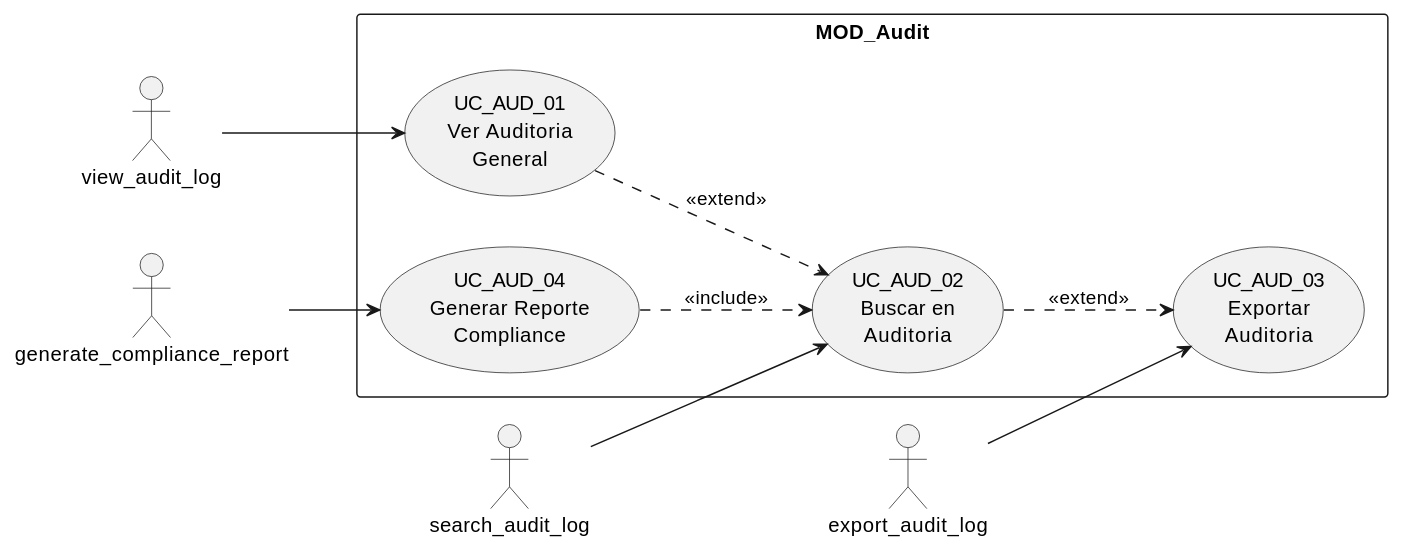
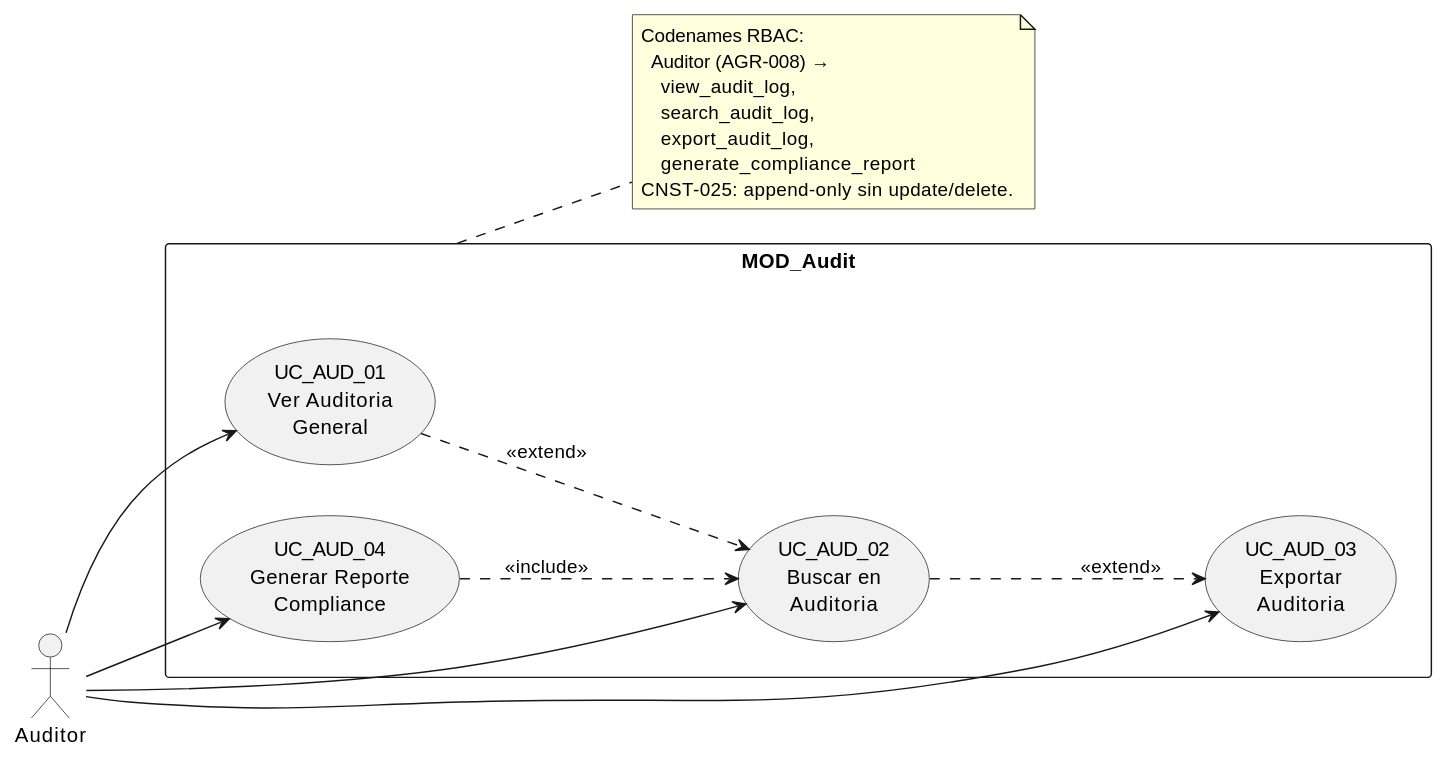
One commit to jcg-admin/IACT-docs changed the diagram in source/arquitectura-tecnica/use-case-view/uc-audit.rst. Above: the diagram before and after it, drawn with PlantUML. The commit also changed other lines of this file and 30 other files, not shown here.

First line of the commit message:
Apply UML-07 conformance to use-case-view: actors as roles

```diff
--- a/source/arquitectura-tecnica/use-case-view/uc-audit.rst
+++ b/source/arquitectura-tecnica/use-case-view/uc-audit.rst
@@ -26,28 +24,36 @@
 .. uml::
- :caption: Figura 23 — MOD_Audit: casos de uso
+ :caption: MOD_Audit — Auditor lee y exporta;
+           genera reportes de compliance.
 
  @startuml
  left to right direction
 
- actor "view_audit_log" as view_audit_log
- actor "search_audit_log" as search_audit_log
- actor "export_audit_log" as export_audit_log
- actor "generate_compliance_report" as generate_compliance_report
+ actor Auditor
 
  rectangle "MOD_Audit" {
    usecase "UC_AUD_01\nVer Auditoria\nGeneral" as VER_AUDITORIA
    usecase "UC_AUD_02\nBuscar en\nAuditoria" as BUSCAR_AUDITORIA
    usecase "UC_AUD_03\nExportar\nAuditoria" as EXPORTAR_AUDITORIA
    usecase "UC_AUD_04\nGenerar Reporte\nCompliance" as REPORTE_COMPLIANCE
  }
 
- view_audit_log --> VER_AUDITORIA
- search_audit_log --> BUSCAR_AUDITORIA
- export_audit_log --> EXPORTAR_AUDITORIA
- generate_compliance_report --> REPORTE_COMPLIANCE
+ Auditor --> VER_AUDITORIA
+ Auditor --> BUSCAR_AUDITORIA
+ Auditor --> EXPORTAR_AUDITORIA
+ Auditor --> REPORTE_COMPLIANCE
 
  VER_AUDITORIA ..> BUSCAR_AUDITORIA : <<extend>>
  BUSCAR_AUDITORIA ..> EXPORTAR_AUDITORIA : <<extend>>
  REPORTE_COMPLIANCE ..> BUSCAR_AUDITORIA : <<include>>
 
+ note right of MOD_Audit
+   Codenames RBAC:
+     Auditor (AGR-008) →
+       view_audit_log,
+       search_audit_log,
+       export_audit_log,
+       generate_compliance_report
+   CNST-025: append-only sin update/delete.
+ end note
+
  @enduml
```
